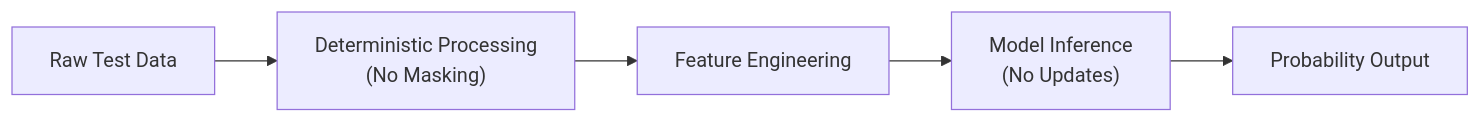
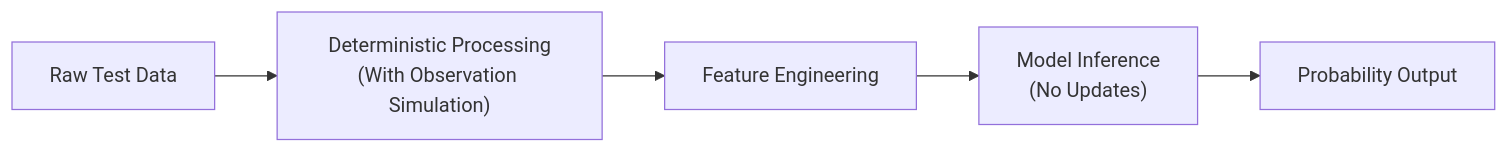
The tenth of 10 diagrams in docs/architecture/training_pipeline.md (Pascal-Fortin/geoai_aquaculture), drawn with Mermaid before and after one commit. The commit also changed other lines of this file, not shown here.

Commit message:
Updated documentation to reflect change in data split (train / val / test).

````diff
--- a/docs/architecture/training_pipeline.md
+++ b/docs/architecture/training_pipeline.md
@@ -1254,7 +1254,7 @@
 ```mermaid
 flowchart LR
-    A["Raw Test Data"] --> B["Deterministic Processing<br>(No Masking)"]
+    A["Raw Test Data"] --> B["Deterministic Processing<br>(With Observation Simulation)"]
     B --> C["Feature Engineering"]
     C --> D["Model Inference<br>(No Updates)"]
     D --> E["Probability Output"]
 ```
````
